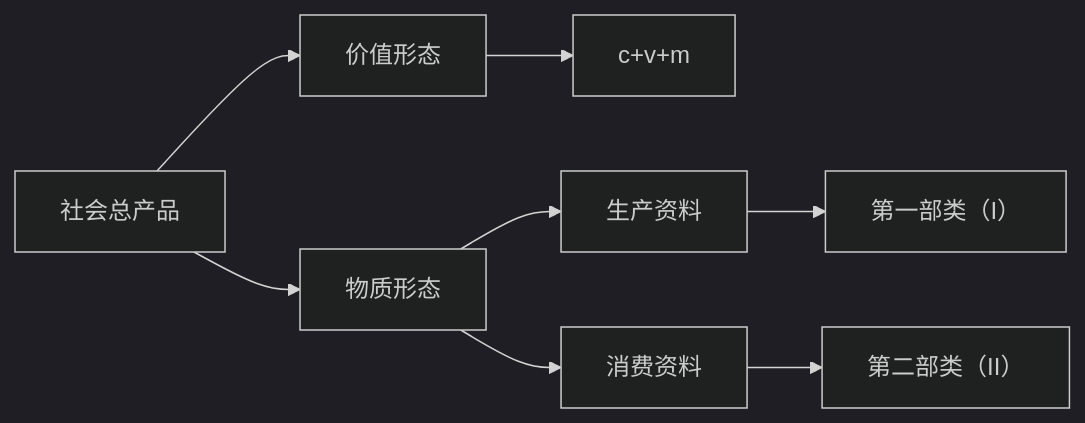
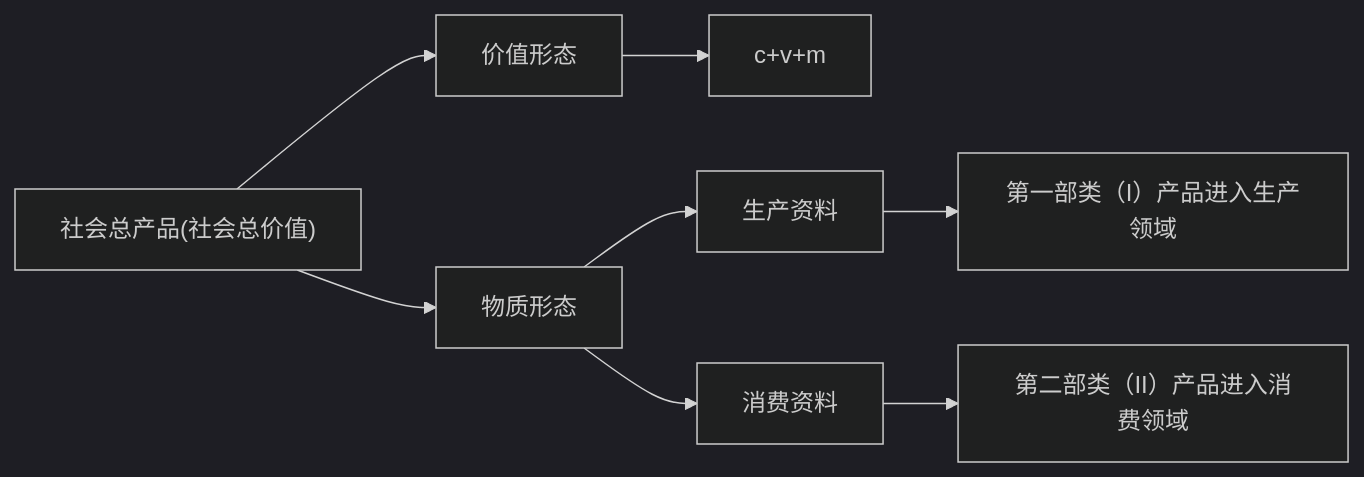
Diagram 18 of 20 in 马克思主义基本原理 笔记.md (Lorre-Ramon/Marxism-Note), drawn with Mermaid (dark theme) before and after one commit. The commit also changed other lines of this file, not shown here.

````diff
--- a/马克思主义基本原理 笔记.md
+++ b/马克思主义基本原理 笔记.md
@@ -728,6 +1175,6 @@
 ```mermaid
 graph LR
-A[社会总产品]--> B[价值形态] -->C[c+v+m]
-A-->D[物质形态]-->E[生产资料]-->F["第一部类（I）"]
-D --> G[消费资料]-->H["第二部类（II）"]
+A["社会总产品(社会总价值)"]--> B[价值形态] -->C[c+v+m]
+A-->D[物质形态]-->E[生产资料]-->F["第一部类（I）产品进入生产领域"]
+D --> G[消费资料]-->H["第二部类（II）产品进入消费领域"]
 ```
````
